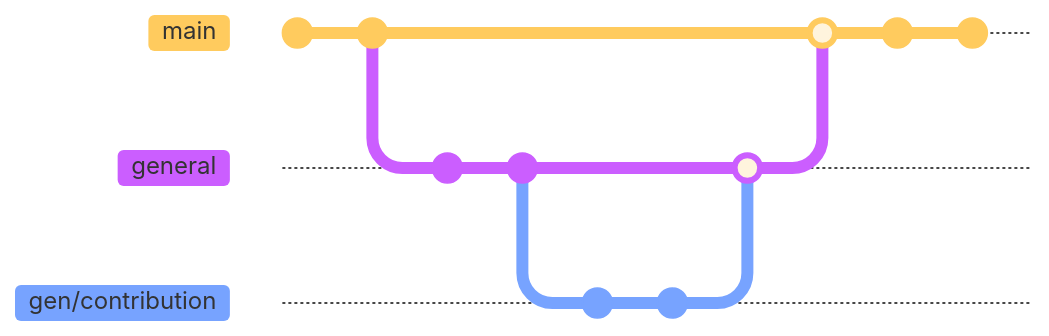
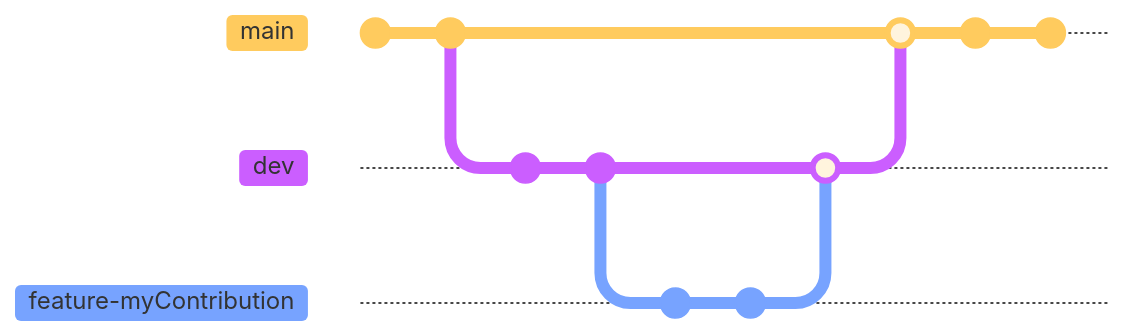
Before and after one commit to mex-data-science/mex-technical-documentation: the diagram in README.md, drawn with Mermaid. The commit also changed other lines of this file and 1 other file, not shown here. Commit ids are hidden.

Commit message:
Cambiar URLs de repositorio a github de organización

````diff
--- a/README.md
+++ b/README.md
@@ -23,20 +23,20 @@
 ```mermaid
 %%{init: {'theme':'base', 'gitGraph': {'showCommitLabel': false}}}%%
 gitGraph
     commit
     commit
-    branch general
-    checkout general
+    branch dev
+    checkout dev
     commit
     commit
-    branch gen/contribution
-    checkout gen/contribution
+    branch feature-myContribution
+    checkout feature-myContribution
     commit
     commit
-    checkout general
-    merge gen/contribution
+    checkout dev
+    merge feature-myContribution
     checkout main
-    merge general
+    merge dev
     commit
     commit
 ```
````
